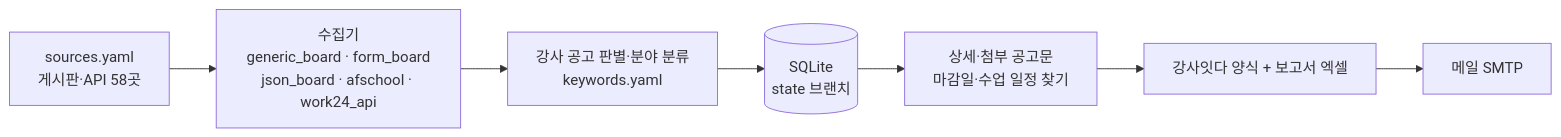
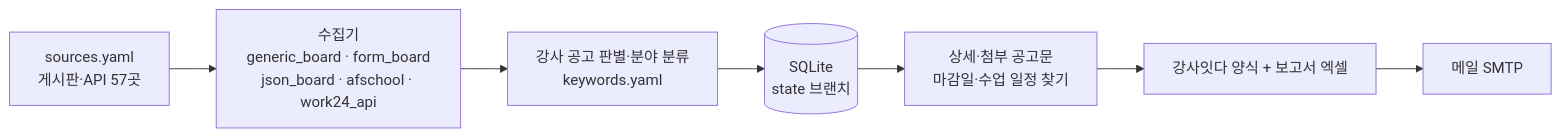
One commit to thskal17-sudo/busan-school-company changed the diagram in docs/DESIGN.md. Above: the diagram before and after it, drawn with Mermaid. The commit also changed other lines of this file and 4 other files, not shown here.

````diff
--- a/docs/DESIGN.md
+++ b/docs/DESIGN.md
@@ -25,9 +29,9 @@
 ```mermaid
 flowchart LR
-    S[sources.yaml<br/>게시판·API 58곳] --> C[수집기<br/>generic_board · form_board<br/>json_board · afschool · work24_api]
+    S[sources.yaml<br/>게시판·API 57곳] --> C[수집기<br/>generic_board · form_board<br/>json_board · afschool · work24_api]
     C --> F[강사 공고 판별·분야 분류<br/>keywords.yaml]
     F --> D[(SQLite<br/>state 브랜치)]
     D --> I[상세·첨부 공고문<br/>마감일·수업 일정 찾기]
     I --> X[강사잇다 양식 + 보고서 엑셀]
     X --> M[메일 SMTP]
 ```
````
